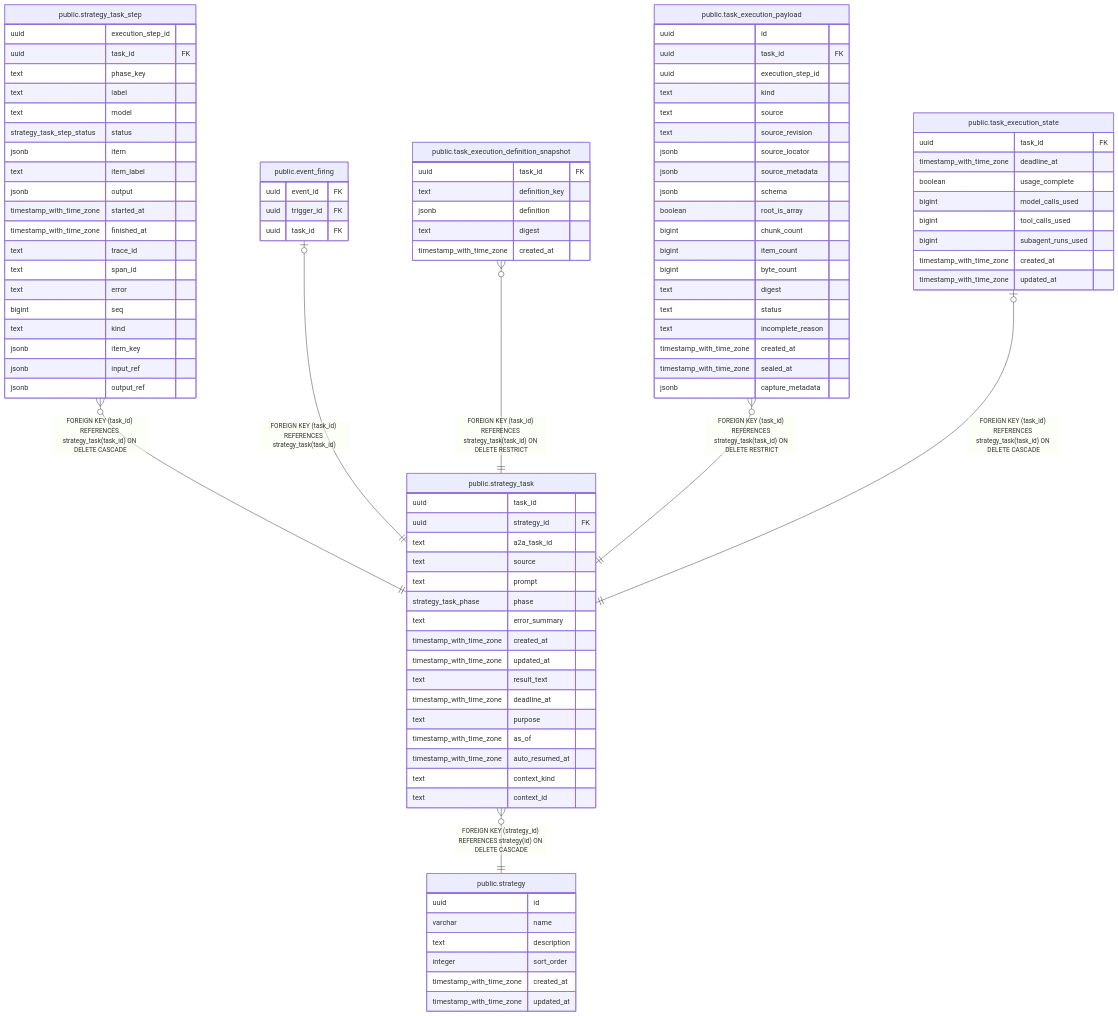
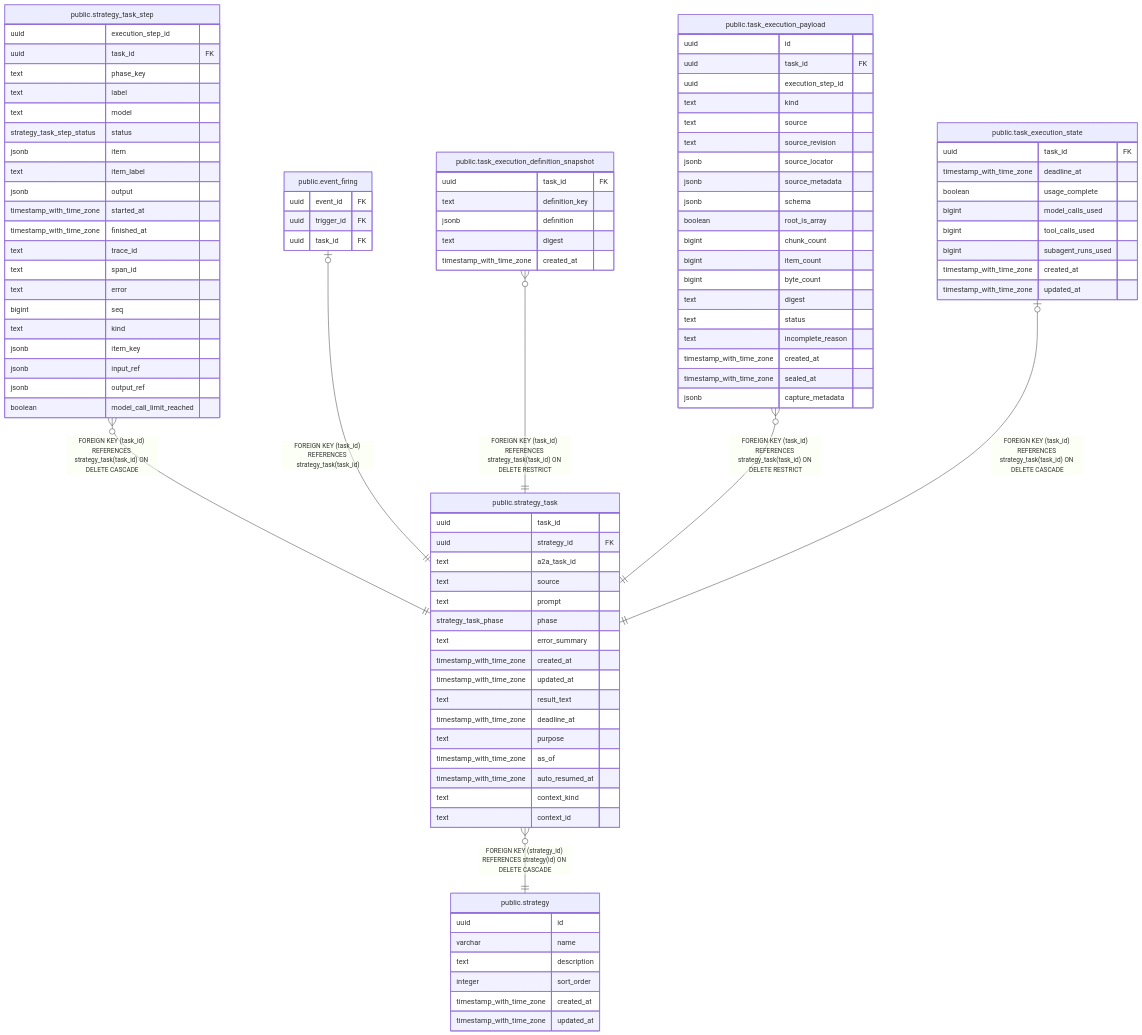
One commit to fohte/t-rader changed the diagram in backend/docs/db/public.strategy_task.md. Above: the diagram before and after it, drawn with Mermaid. The commit also changed 33 other files, not shown here.

```diff
--- a/backend/docs/db/public.strategy_task.md
+++ b/backend/docs/db/public.strategy_task.md
@@ -100,6 +100,7 @@
   jsonb item_key
   jsonb input_ref
   jsonb output_ref
+  boolean model_call_limit_reached
 }
 "public.event_firing" {
   uuid event_id FK
```
